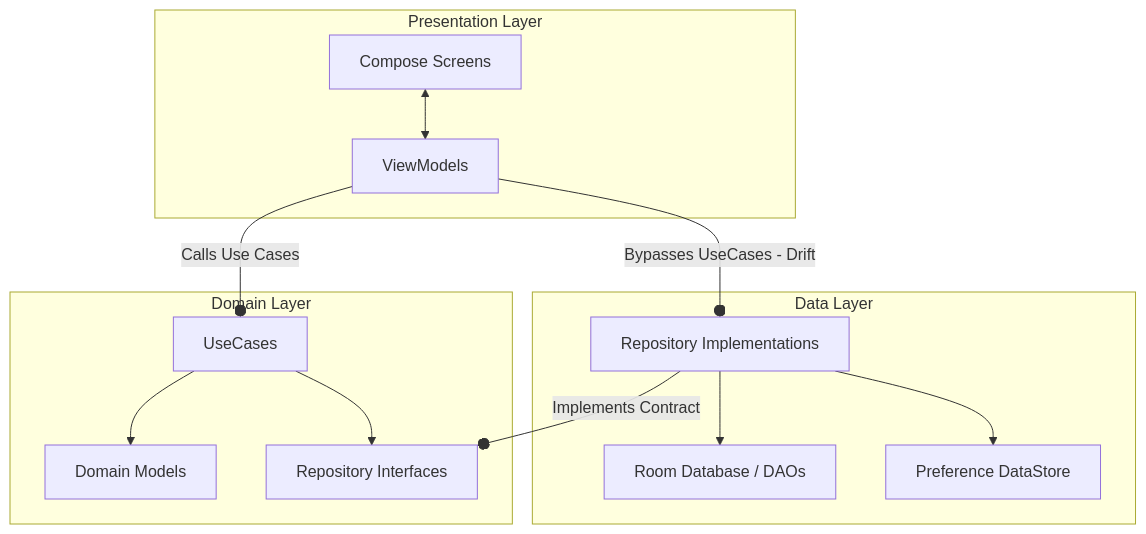
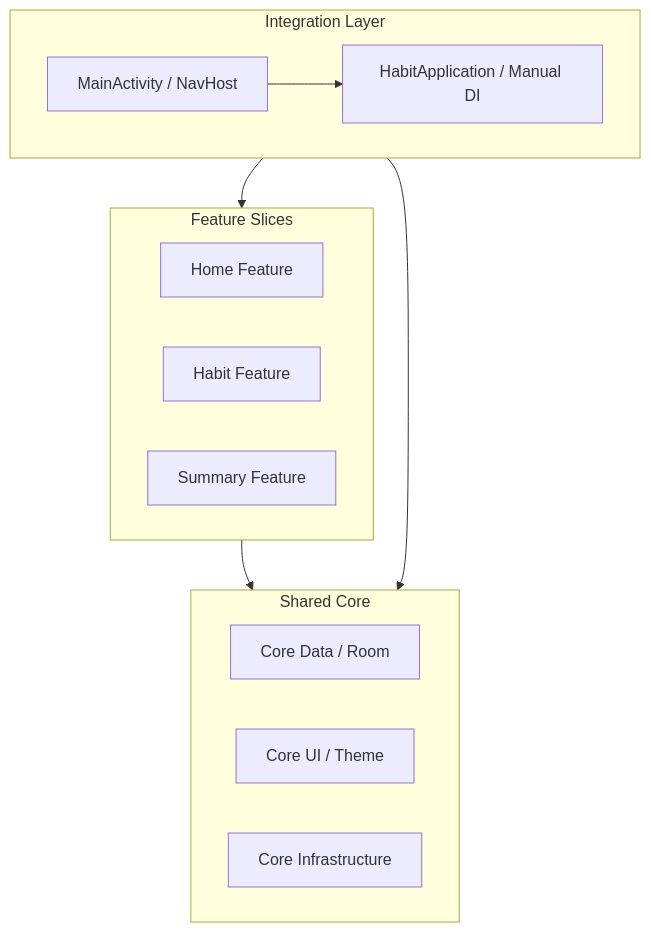
One commit to MOHAMED020EGY01/HabitFlow changed the diagram in PROJECT_ANALYSIS/02_ARCHITECTURE.md. Above: the diagram before and after it, drawn with Mermaid. The commit also changed other lines of this file and 273 other files, not shown here.

````diff
--- a/PROJECT_ANALYSIS/02_ARCHITECTURE.md
+++ b/PROJECT_ANALYSIS/02_ARCHITECTURE.md
@@ -9,17 +9,19 @@
 ```mermaid
 graph TD
-    subgraph Presentation Layer
-        A[Compose Screens] <--> B[ViewModels]
+    subgraph app [Integration Layer]
+        A[MainActivity / NavHost] --> B[HabitApplication / Manual DI]
     end
-    subgraph Domain Layer
-        C[UseCases] --> D[Domain Models]
-        C --> E[Repository Interfaces]
+    subgraph features [Feature Slices]
+        F1[Home Feature]
+        F2[Habit Feature]
+        F3[Summary Feature]
     end
-    subgraph Data Layer
-        F[Repository Implementations] --> G[Room Database / DAOs]
-        F --> H[Preference DataStore]
+    subgraph core [Shared Core]
+        C1[Core Data / Room]
+        C2[Core UI / Theme]
+        C3[Core Infrastructure]
     end
-    B -- Calls Use Cases --o C
-    B -- Bypasses UseCases - Drift --o F
-    F -- Implements Contract --o E
+    features --> core
+    app --> features
+    app --> core
 ```
````
